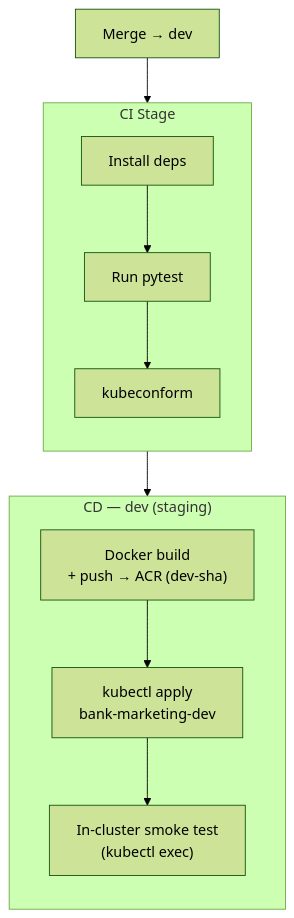
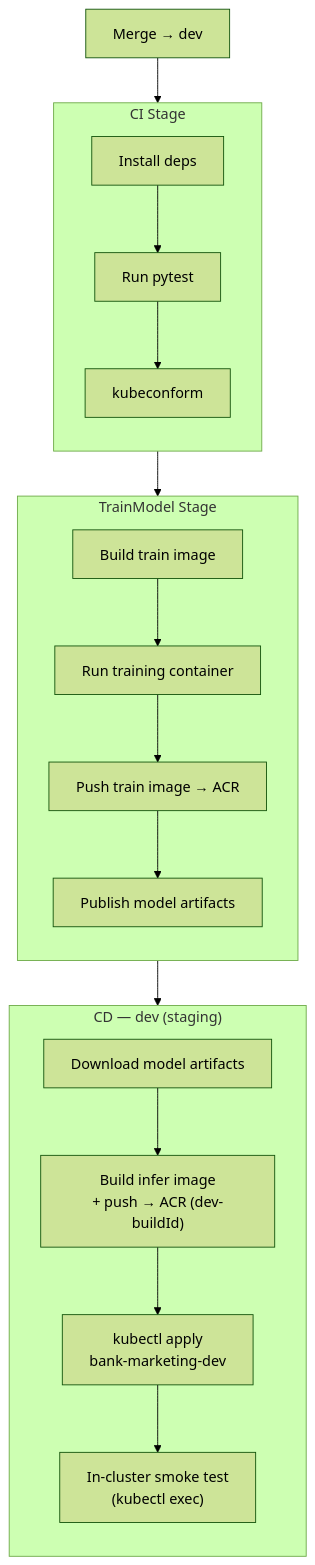
Before and after one commit to Annemarie-Bester/marketing-model-mlops-azure: the second of 5 diagrams in docs/ci-cd-pipeline.md, drawn with Mermaid (forest theme). The commit also changed other lines of this file and 16 other files, not shown here.

````diff
--- a/docs/ci-cd-pipeline.md
+++ b/docs/ci-cd-pipeline.md
@@ -34,22 +36,32 @@
 ```mermaid
 flowchart TD
     DEV_MERGE["Merge → dev"] --> CI_DEV
 
     subgraph CI_DEV["CI Stage"]
         direction TB
         D_INSTALL["Install deps"]
         D_TEST["Run pytest"]
         D_K8S["kubeconform"]
         D_INSTALL --> D_TEST --> D_K8S
     end
 
+    subgraph TRAIN_DEV["TrainModel Stage"]
+        direction TB
+        DT_BUILD["Build train image"]
+        DT_RUN["Run training container"]
+        DT_PUSH["Push train image → ACR"]
+        DT_PUB["Publish model artifacts"]
+        DT_BUILD --> DT_RUN --> DT_PUSH --> DT_PUB
+    end
+
     subgraph CD_DEV["CD — dev (staging)"]
         direction TB
-        DEV_BUILD["Docker build\n+ push → ACR (dev-sha)"]
+        DEV_DL["Download model artifacts"]
+        DEV_BUILD["Build infer image\n+ push → ACR (dev-buildId)"]
         DEV_DEPLOY["kubectl apply\nbank-marketing-dev"]
         DEV_SMOKE["In-cluster smoke test\n(kubectl exec)"]
-        DEV_BUILD --> DEV_DEPLOY --> DEV_SMOKE
+        DEV_DL --> DEV_BUILD --> DEV_DEPLOY --> DEV_SMOKE
     end
 
-    CI_DEV --> CD_DEV
+    CI_DEV --> TRAIN_DEV --> CD_DEV
 ```
````
